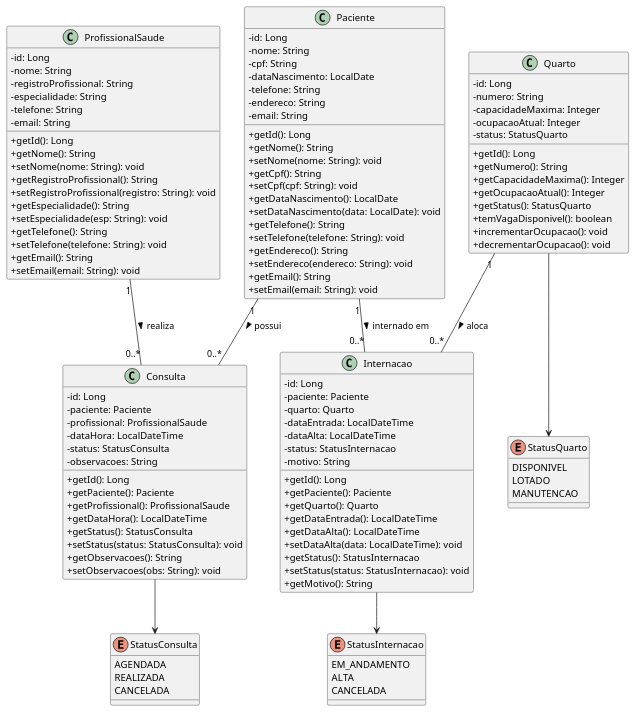
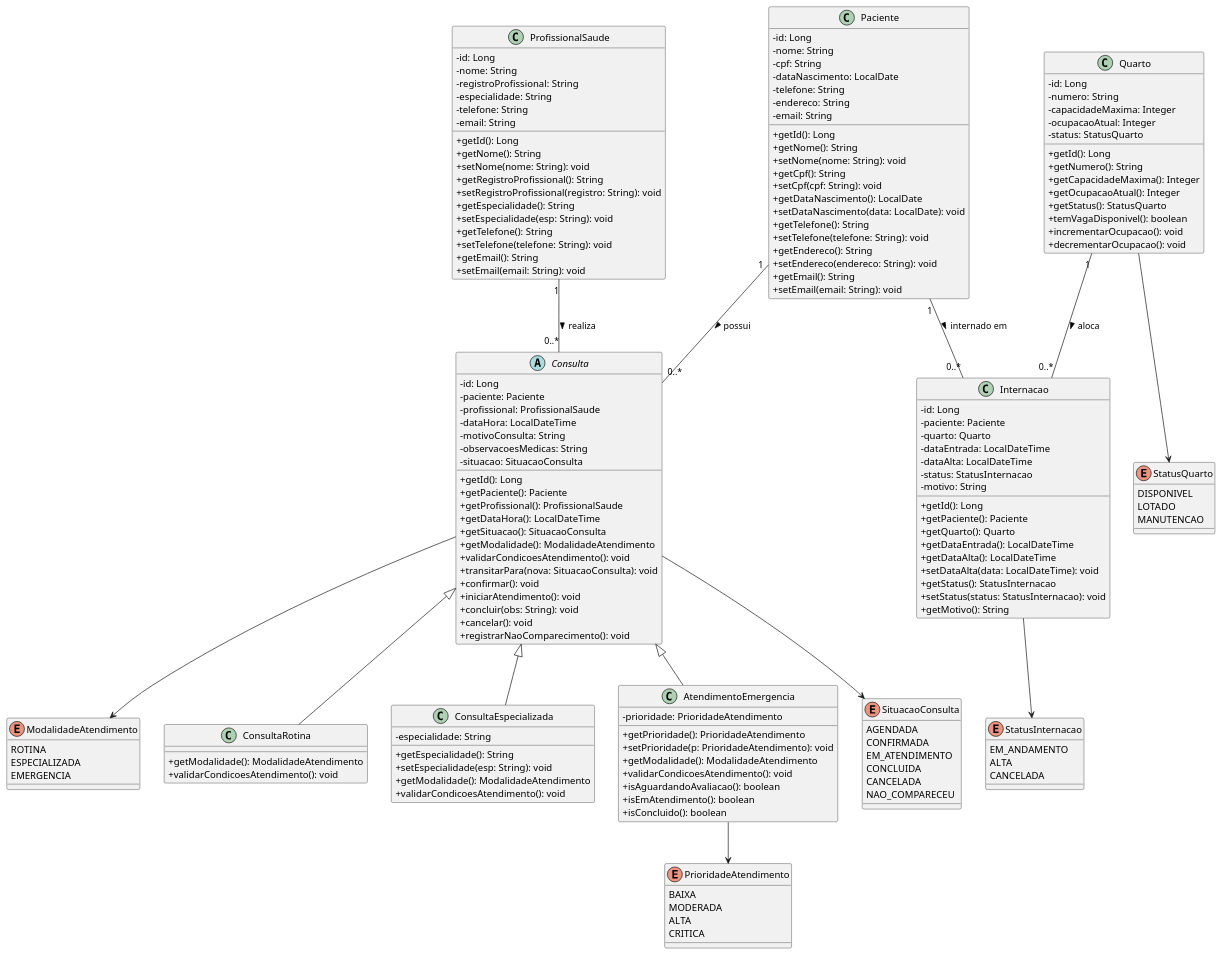
One commit to GiovanaLott/trabalho-pm- changed the second of 2 diagrams in docs/DIAGRAMA_CLASSES.md. Above: the diagram before and after it, drawn with PlantUML. The commit also changed other lines of this file and 2 other files, not shown here.

Commit message:
docs: atualiza diagrama de classes, cartoes CRC e README com as modalidades de consulta

```diff
--- a/docs/DIAGRAMA_CLASSES.md
+++ b/docs/DIAGRAMA_CLASSES.md
@@ -145,10 +200,26 @@
 @startuml
 skinparam classAttributeIconSize 0
 
-enum StatusConsulta {
+enum SituacaoConsulta {
   AGENDADA
-  REALIZADA
+  CONFIRMADA
+  EM_ATENDIMENTO
+  CONCLUIDA
   CANCELADA
+  NAO_COMPARECEU
+}
+
+enum ModalidadeAtendimento {
+  ROTINA
+  ESPECIALIZADA
+  EMERGENCIA
+}
+
+enum PrioridadeAtendimento {
+  BAIXA
+  MODERADA
+  ALTA
+  CRITICA
 }
 
 enum StatusInternacao {
@@ -222,21 +293,51 @@
   + decrementarOcupacao(): void
 }
 
-class Consulta {
+abstract class Consulta {
   - id: Long
   - paciente: Paciente
   - profissional: ProfissionalSaude
   - dataHora: LocalDateTime
-  - status: StatusConsulta
-  - observacoes: String
+  - motivoConsulta: String
+  - observacoesMedicas: String
+  - situacao: SituacaoConsulta
   + getId(): Long
   + getPaciente(): Paciente
   + getProfissional(): ProfissionalSaude
   + getDataHora(): LocalDateTime
-  + getStatus(): StatusConsulta
-  + setStatus(status: StatusConsulta): void
-  + getObservacoes(): String
-  + setObservacoes(obs: String): void
+  + getSituacao(): SituacaoConsulta
+  + getModalidade(): ModalidadeAtendimento
+  + validarCondicoesAtendimento(): void
+  + transitarPara(nova: SituacaoConsulta): void
+  + confirmar(): void
+  + iniciarAtendimento(): void
+  + concluir(obs: String): void
+  + cancelar(): void
+  + registrarNaoComparecimento(): void
+}
+
+class ConsultaRotina {
+  + getModalidade(): ModalidadeAtendimento
+  + validarCondicoesAtendimento(): void
+}
+
+class ConsultaEspecializada {
+  - especialidade: String
+  + getEspecialidade(): String
+  + setEspecialidade(esp: String): void
+  + getModalidade(): ModalidadeAtendimento
+  + validarCondicoesAtendimento(): void
+}
+
+class AtendimentoEmergencia {
+  - prioridade: PrioridadeAtendimento
+  + getPrioridade(): PrioridadeAtendimento
+  + setPrioridade(p: PrioridadeAtendimento): void
+  + getModalidade(): ModalidadeAtendimento
+  + validarCondicoesAtendimento(): void
+  + isAguardandoAvaliacao(): boolean
+  + isEmAtendimento(): boolean
+  + isConcluido(): boolean
 }
 
 class Internacao {
@@ -258,12 +359,18 @@
   + getMotivo(): String
 }
 
+Consulta <|-- ConsultaRotina
+Consulta <|-- ConsultaEspecializada
+Consulta <|-- AtendimentoEmergencia
+
 Paciente "1" -- "0..*" Consulta : possui >
 ProfissionalSaude "1" -- "0..*" Consulta : realiza >
 Paciente "1" -- "0..*" Internacao : internado em >
 Quarto "1" -- "0..*" Internacao : aloca >
 
-Consulta --> StatusConsulta
+Consulta --> SituacaoConsulta
+Consulta --> ModalidadeAtendimento
+AtendimentoEmergencia --> PrioridadeAtendimento
 Internacao --> StatusInternacao
 Quarto --> StatusQuarto
 
```
